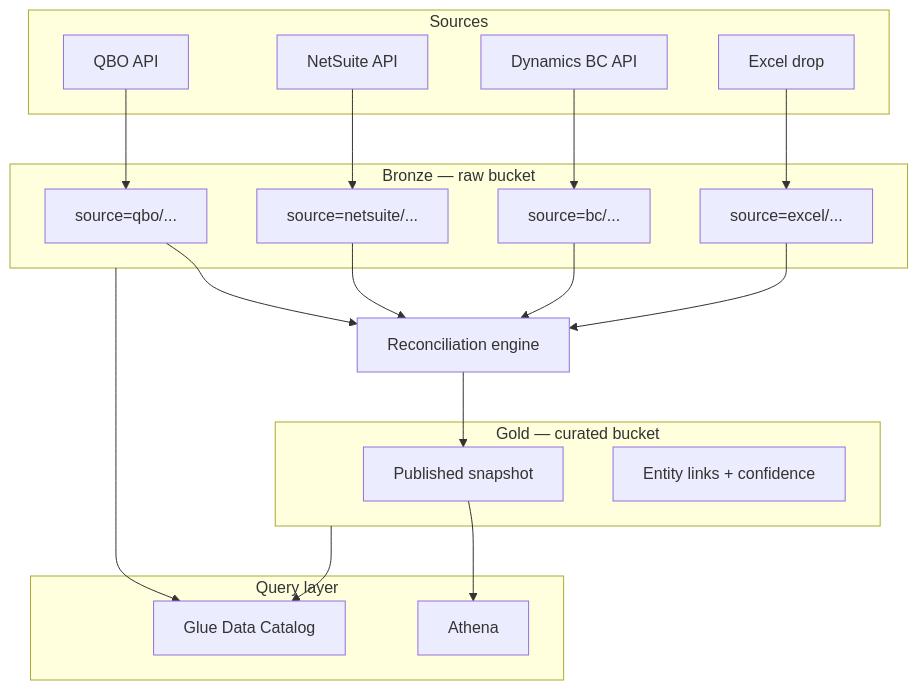
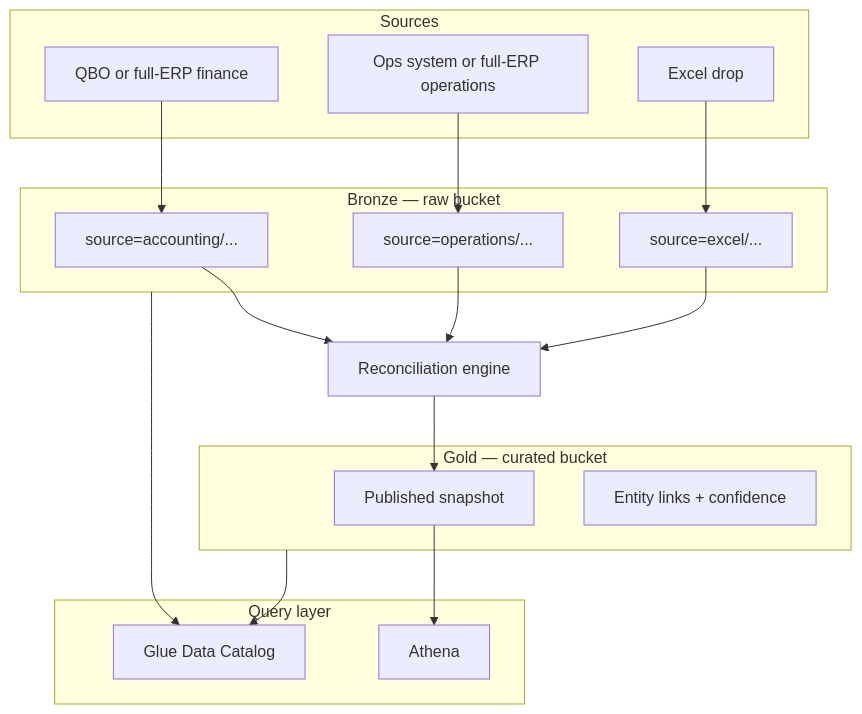
One commit to JeremiahDavid/glue changed the diagram in docs/internal-execution-scoping/data-lake-architecture.md. Above: the diagram before and after it, drawn with Mermaid. The commit also changed other lines of this file and 16 other files, not shown here.

````diff
--- a/docs/internal-execution-scoping/data-lake-architecture.md
+++ b/docs/internal-execution-scoping/data-lake-architecture.md
@@ -32,37 +32,34 @@
 ```mermaid
 flowchart TB
   subgraph sources [Sources]
-    QBO[QBO API]
-    NS[NetSuite API]
-    BC[Dynamics BC API]
+    ACCT[QBO or full-ERP finance]
+    OPS[Ops system or full-ERP operations]
     XL[Excel drop]
   end
 
   subgraph bronze [Bronze — raw bucket]
-    R1["source=qbo/..."]
-    R2["source=netsuite/..."]
-    R3["source=bc/..."]
+    R1["source=accounting/..."]
+    R2["source=operations/..."]
     R4["source=excel/..."]
   end
 
   subgraph gold [Gold — curated bucket]
     G1[Published snapshot]
     G2[Entity links + confidence]
   end
 
   subgraph query [Query layer]
     GC[Glue Data Catalog]
     AT[Athena]
   end
 
-  QBO --> R1
-  NS --> R2
-  BC --> R3
+  ACCT --> R1
+  OPS --> R2
   XL --> R4
 
-  R1 & R2 & R3 & R4 --> REC[Reconciliation engine]
+  R1 & R2 & R4 --> REC[Reconciliation engine]
   REC --> G1
   G1 --> AT
   bronze --> GC
   gold --> GC
 ```
````
